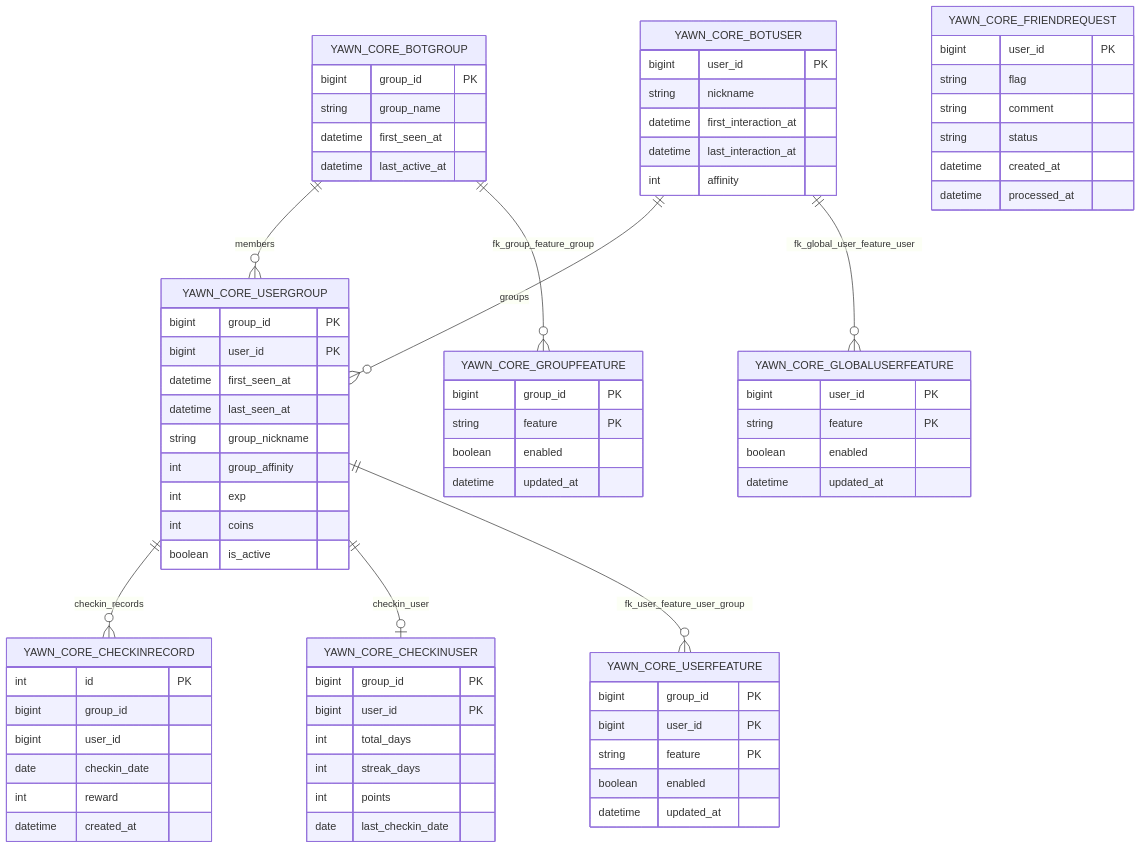
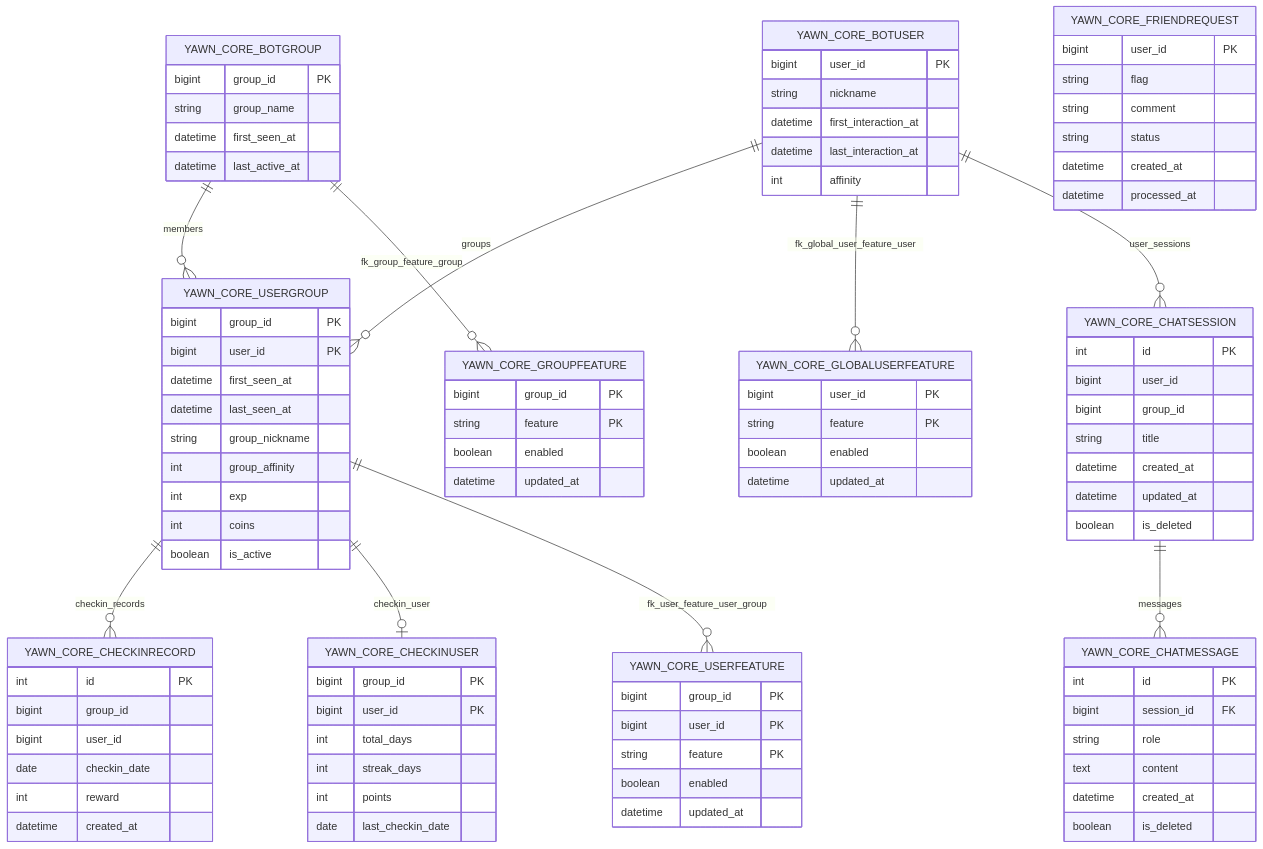
One commit to Wohaokunr/yawn_bot changed the sixth of 7 diagrams in .qoder/repowiki/zh/content/数据库迁移.md. Above: the diagram before and after it, drawn with Mermaid. The commit also changed other lines of this file and 28 other files, not shown here.

````diff
--- a/.qoder/repowiki/zh/content/数据库迁移.md
+++ b/.qoder/repowiki/zh/content/数据库迁移.md
@@ -399,6 +503,23 @@
 boolean enabled
 datetime updated_at
 }
+YAWN_CORE_CHATSESSION {
+int id PK
+bigint user_id
+bigint group_id
+string title
+datetime created_at
+datetime updated_at
+boolean is_deleted
+}
+YAWN_CORE_CHATMESSAGE {
+int id PK
+bigint session_id FK
+string role
+text content
+datetime created_at
+boolean is_deleted
+}
 YAWN_CORE_BOTGROUP ||--o{ YAWN_CORE_USERGROUP : "members"
 YAWN_CORE_BOTUSER ||--o{ YAWN_CORE_USERGROUP : "groups"
 YAWN_CORE_USERGROUP ||--o{ YAWN_CORE_CHECKINRECORD : "checkin_records"
@@ -406,4 +527,6 @@
 YAWN_CORE_BOTUSER ||--o{ YAWN_CORE_GLOBALUSERFEATURE : "fk_global_user_feature_user"
 YAWN_CORE_BOTGROUP ||--o{ YAWN_CORE_GROUPFEATURE : "fk_group_feature_group"
 YAWN_CORE_USERGROUP ||--o{ YAWN_CORE_USERFEATURE : "fk_user_feature_user_group"
+YAWN_CORE_CHATSESSION ||--o{ YAWN_CORE_CHATMESSAGE : "messages"
+YAWN_CORE_BOTUSER ||--o{ YAWN_CORE_CHATSESSION : "user_sessions"
 ```
````
